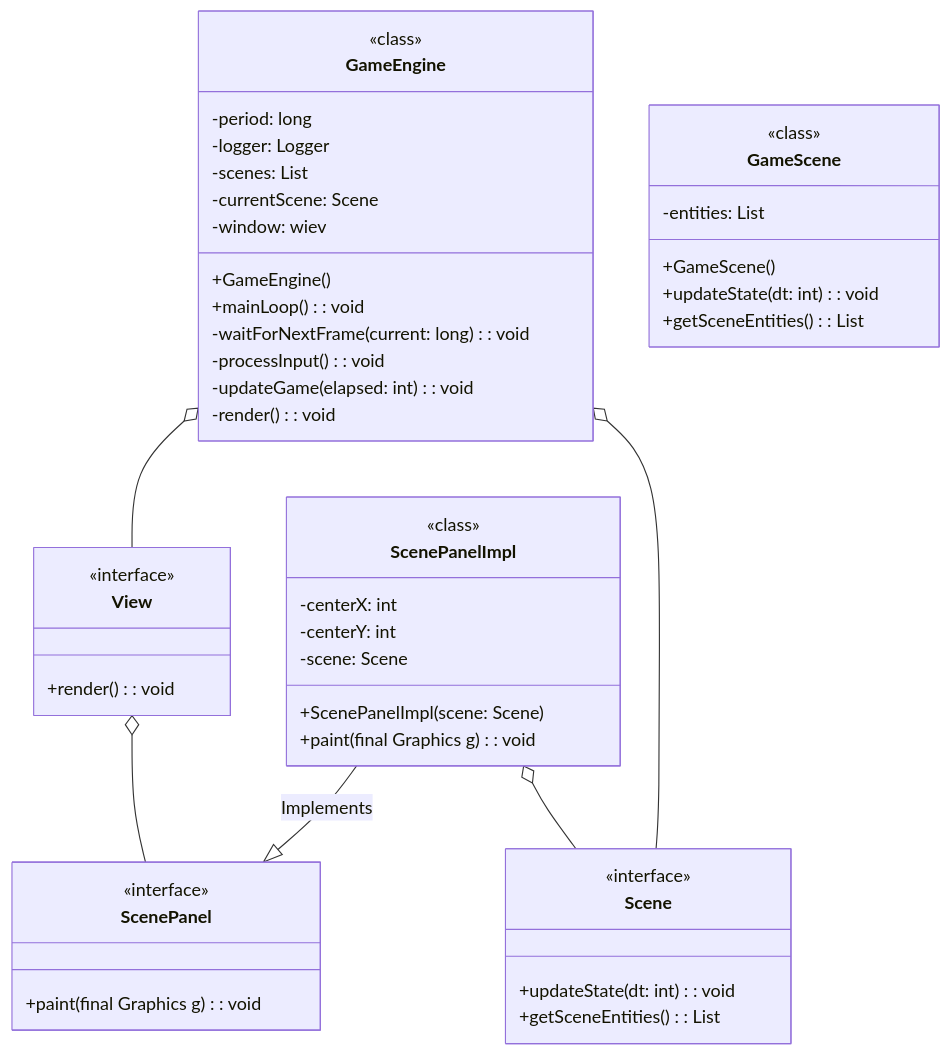
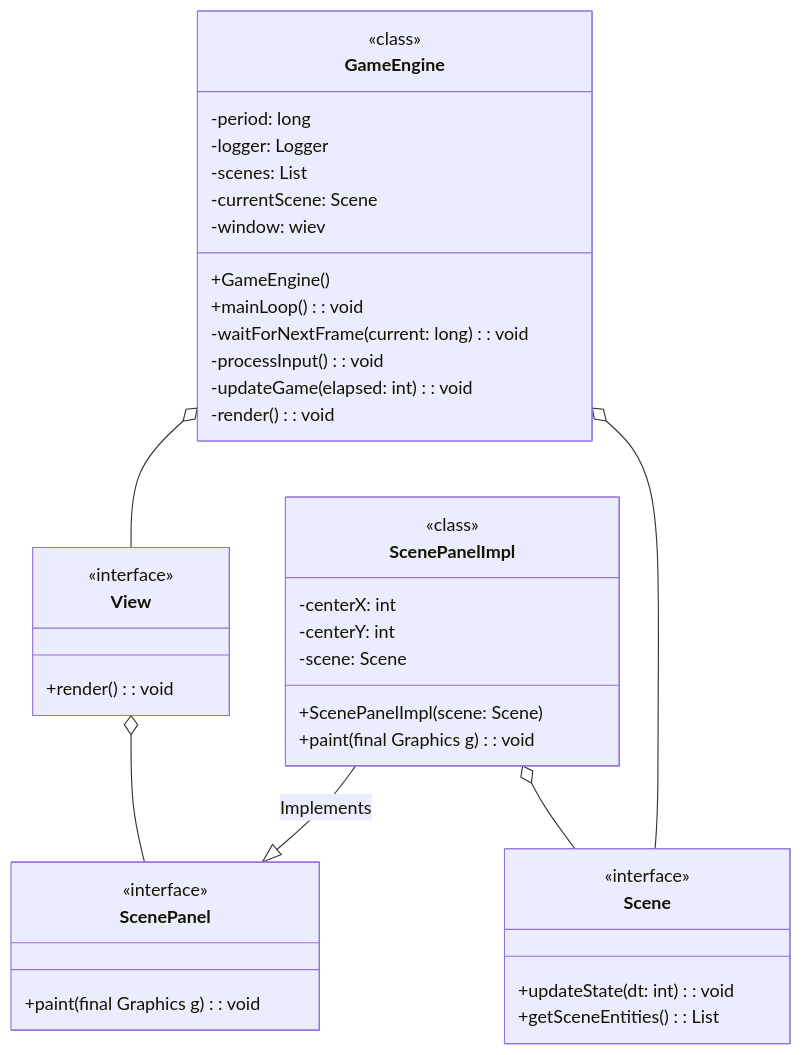
Before and after one commit to GiuseppeGambacorta/2DGameEngine: the first of 2 diagrams in README.md, drawn with Mermaid. The commit also changed other lines of this file, not shown here.

````diff
--- a/README.md
+++ b/README.md
@@ -1,66 +1,60 @@
 ```mermaid
 classDiagram
 
 class GameEngine {
   <<class>>
   -period: long
   -logger: Logger
   -scenes: List<Scene>
   -currentScene: Scene
   -window: wiev
   +GameEngine()
   +mainLoop(): void
   -waitForNextFrame(current: long): void
   -processInput(): void
   -updateGame(elapsed: int): void
   -render(): void
 }
 
 
 class Scene {
   <<interface>>
   +updateState(dt: int): void
   +getSceneEntities(): List<GameObject>
 }
 
-class GameScene {
-  <<class>>
-  -entities: List<GameObject>
-  +GameScene()
-  +updateState(dt: int): void
-  +getSceneEntities(): List<GameObject>
-}
+
 
 class ScenePanel{
   <<interface>>
   +paint(final Graphics g): void
 }
 
 class ScenePanelImpl{
   <<class>>
   -centerX: int
   -centerY: int
   -scene: Scene
   +ScenePanelImpl(scene: Scene)
   +paint(final Graphics g): void
 }
 
 
 
 
 
 class View {
   <<interface>>
   +render(): void
 }
 
 
 GameEngine o-- View
 GameEngine o-- Scene
 
 ScenePanelImpl --|> ScenePanel : Implements
 ScenePanelImpl o-- Scene
 View o-- ScenePanel
 
 
 ```
````
